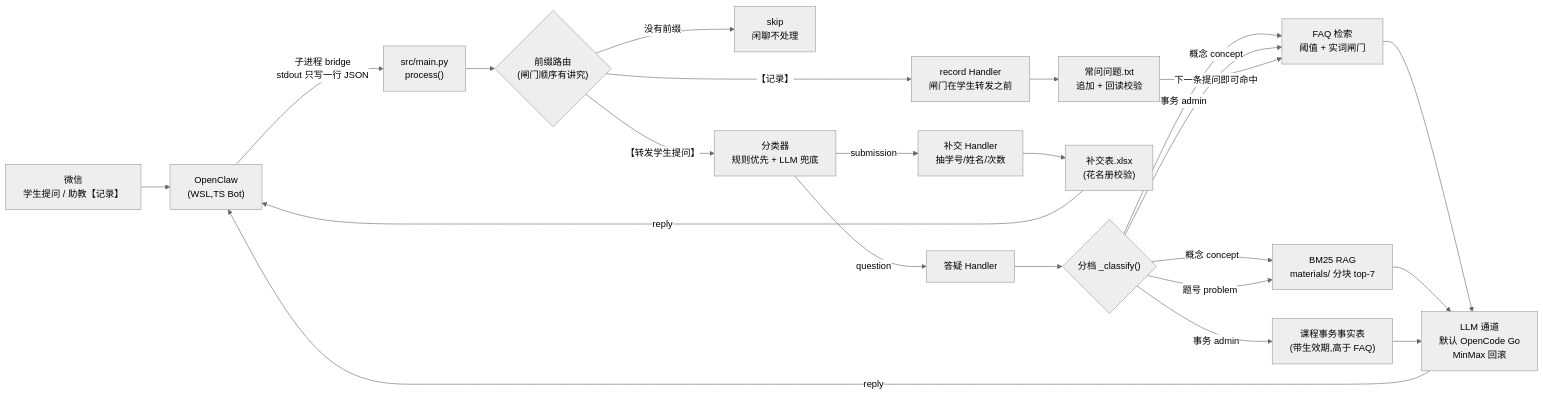
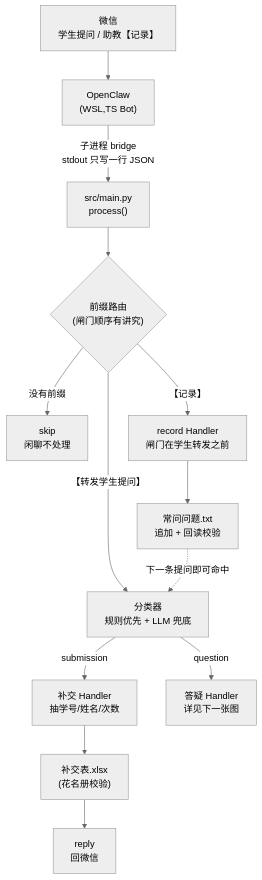
Before and after one commit to mc-dl/ta-assistant: the first of 3 diagrams in docs/design.md, drawn with Mermaid (neutral theme). The commit also changed other lines of this file and 38 other files, not shown here.

First line of the commit message:
feat: 文档展示层改为构建期出图的可视化页面 + 网页生成幂等化

````diff
--- a/docs/design.md
+++ b/docs/design.md
@@ -16,30 +16,19 @@
 ```mermaid
-flowchart LR
+flowchart TD
+  %% caption: 上半段 —— 一条消息进来,被路由到哪个 Handler。竖着读,分岔口就是判断
   W["微信<br/>学生提问 / 助教【记录】"] --> OC["OpenClaw<br/>(WSL,TS Bot)"]
   OC -->|"子进程 bridge<br/>stdout 只写一行 JSON"| MAIN["src/main.py<br/>process()"]
 
   MAIN --> GATE{"前缀路由<br/>(闸门顺序有讲究)"}
   GATE -->|"没有前缀"| SKIP["skip<br/>闲聊不处理"]
   GATE -->|"【记录】"| REC["record Handler<br/>闸门在学生转发之前"]
   GATE -->|"【转发学生提问】"| CLS["分类器<br/>规则优先 + LLM 兜底"]
 
   CLS -->|"submission"| SUB["补交 Handler<br/>抽学号/姓名/次数"]
-  CLS -->|"question"| QA["答疑 Handler"]
-
-  QA --> KIND{"分档 _classify()"}
-  KIND -->|"事务 admin"| FACTS["课程事务事实表<br/>(带生效期,高于 FAQ)"]
-  KIND -->|"事务 admin"| FAQ["FAQ 检索<br/>阈值 + 实词闸门"]
-  KIND -->|"概念 concept"| FAQ
-  KIND -->|"概念 concept"| RAG["BM25 RAG<br/>materials/ 分块 top-7"]
-  KIND -->|"题号 problem"| RAG
+  CLS -->|"question"| QA["答疑 Handler<br/>详见下一张图"]
 
   SUB --> XLS["补交表.xlsx<br/>(花名册校验)"]
   REC --> TXT["常问问题.txt<br/>追加 + 回读校验"]
-
-  FAQ --> LLM["LLM 通道<br/>默认 OpenCode Go<br/>MinMax 回滚"]
-  RAG --> LLM
-  FACTS --> LLM
-  LLM -->|"reply"| OC
-  XLS -->|"reply"| OC
-  TXT -->|"下一条提问即可命中"| FAQ
+  XLS --> REPLY["reply<br/>回微信"]
+  TXT -.->|"下一条提问即可命中"| CLS
 ```
````
